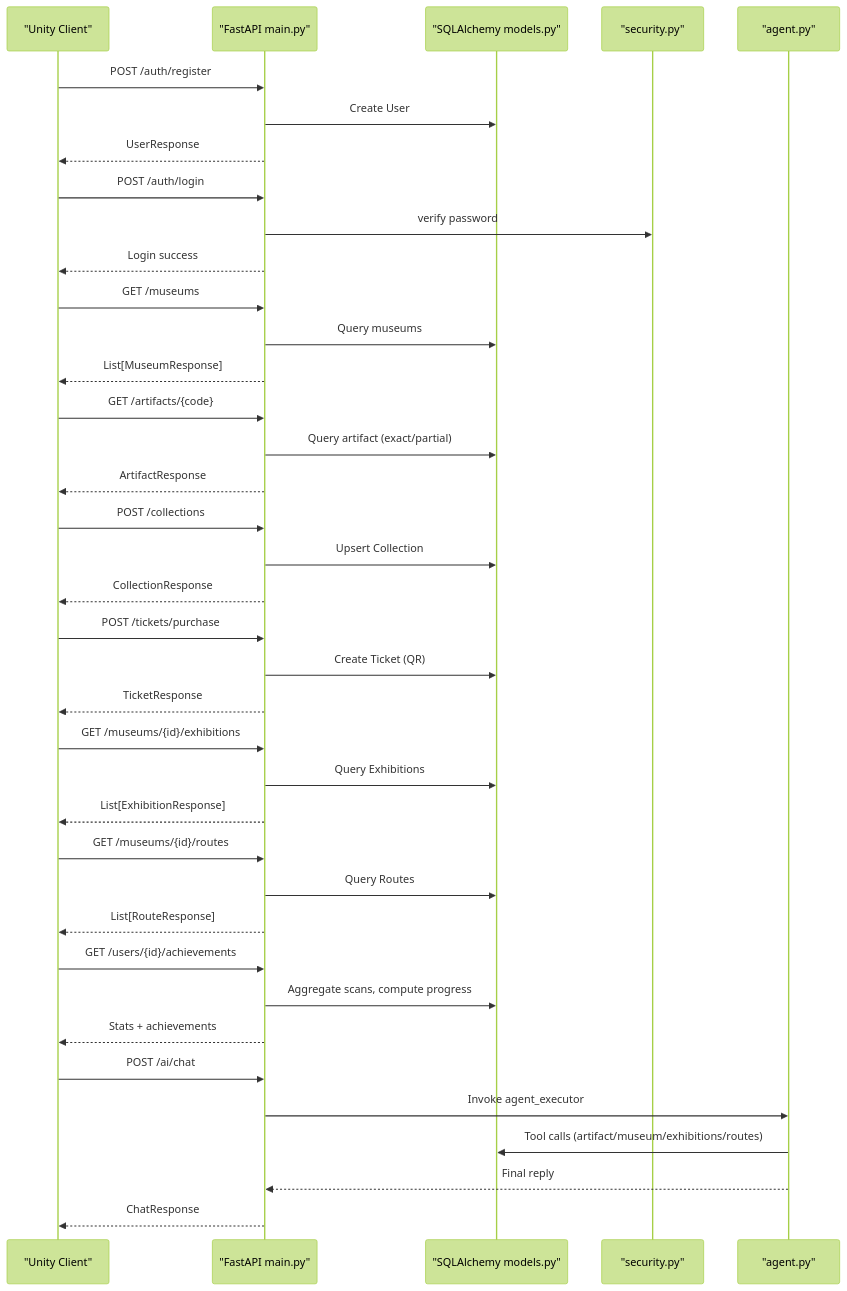
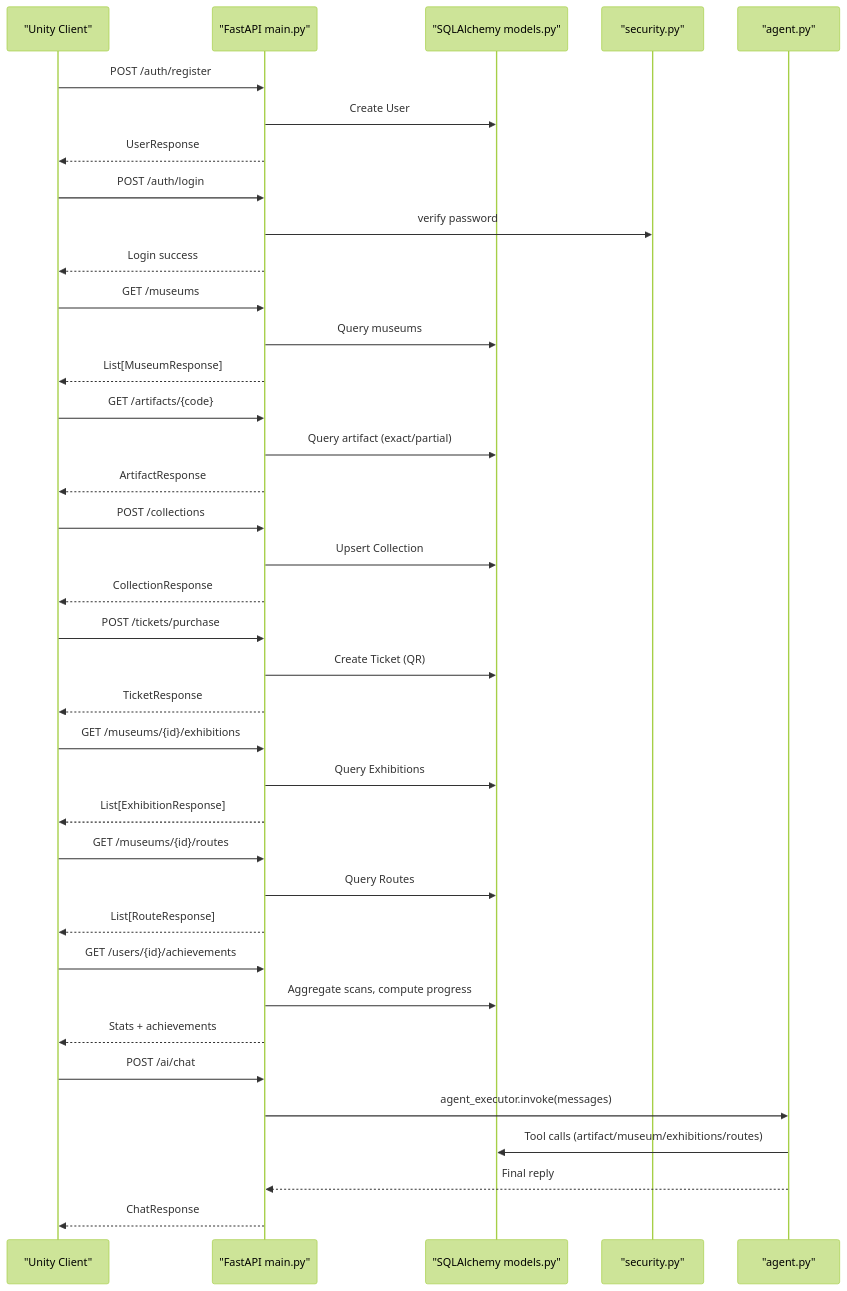
One commit to vinhle-HCMUT/MuseAmigo_API changed the third of 9 diagrams in .qoder/repowiki/en/content/Development Guidelines.md. Above: the diagram before and after it, drawn with Mermaid (forest theme). The commit also changed other lines of this file and 4 other files, not shown here.

````diff
--- a/.qoder/repowiki/en/content/Development Guidelines.md
+++ b/.qoder/repowiki/en/content/Development Guidelines.md
@@ -157,40 +165,40 @@
 ```mermaid
 sequenceDiagram
 participant Client as "Unity Client"
 participant API as "FastAPI main.py"
 participant DB as "SQLAlchemy models.py"
 participant Sec as "security.py"
 participant Agent as "agent.py"
 Client->>API : POST /auth/register
 API->>DB : Create User
 API-->>Client : UserResponse
 Client->>API : POST /auth/login
 API->>Sec : verify password
 API-->>Client : Login success
 Client->>API : GET /museums
 API->>DB : Query museums
 API-->>Client : List[MuseumResponse]
 Client->>API : GET /artifacts/{code}
 API->>DB : Query artifact (exact/partial)
 API-->>Client : ArtifactResponse
 Client->>API : POST /collections
 API->>DB : Upsert Collection
 API-->>Client : CollectionResponse
 Client->>API : POST /tickets/purchase
 API->>DB : Create Ticket (QR)
 API-->>Client : TicketResponse
 Client->>API : GET /museums/{id}/exhibitions
 API->>DB : Query Exhibitions
 API-->>Client : List[ExhibitionResponse]
 Client->>API : GET /museums/{id}/routes
 API->>DB : Query Routes
 API-->>Client : List[RouteResponse]
 Client->>API : GET /users/{id}/achievements
 API->>DB : Aggregate scans, compute progress
 API-->>Client : Stats + achievements
 Client->>API : POST /ai/chat
-API->>Agent : Invoke agent_executor
+API->>Agent : agent_executor.invoke(messages)
 Agent->>DB : Tool calls (artifact/museum/exhibitions/routes)
 Agent-->>API : Final reply
 API-->>Client : ChatResponse
 ```
````
